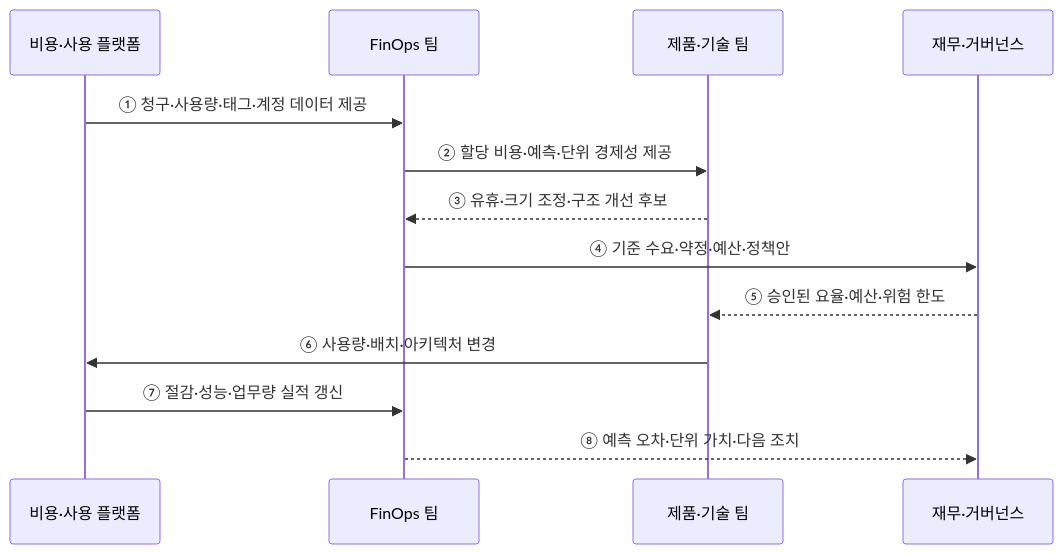
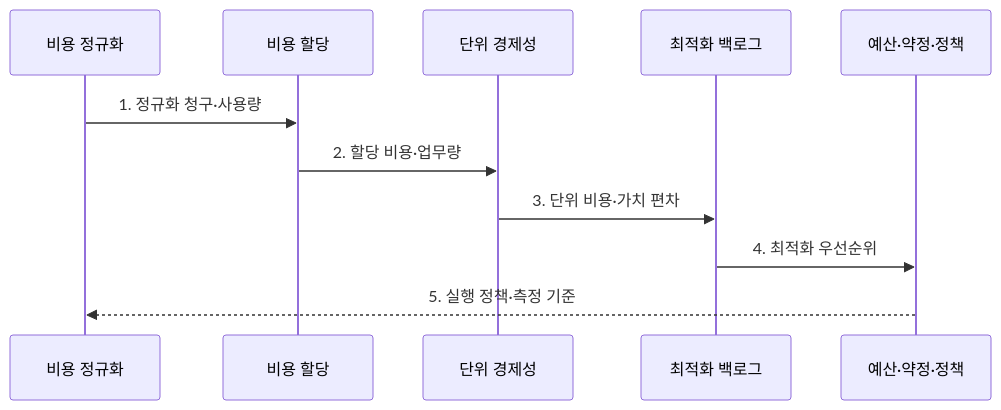
Before and after one commit to agnusdei1207/knowledge-base: the second of 2 diagrams in src/content/docs/notes/03-software/147_finops.md, drawn with Mermaid. The commit also changed other lines of this file and 20 other files, not shown here.

````diff
--- a/src/content/docs/notes/03-software/147_finops.md
+++ b/src/content/docs/notes/03-software/147_finops.md
@@ -70,15 +81,13 @@
 ```mermaid
 sequenceDiagram
-    participant C as 비용·사용 플랫폼
-    participant F as FinOps 팀
-    participant E as 제품·기술 팀
-    participant G as 재무·거버넌스
-    C->>F: ① 청구·사용량·태그·계정 데이터 제공
-    F->>E: ② 할당 비용·예측·단위 경제성 제공
-    E-->>F: ③ 유휴·크기 조정·구조 개선 후보
-    F->>G: ④ 기준 수요·약정·예산·정책안
-    G-->>E: ⑤ 승인된 요율·예산·위험 한도
-    E->>C: ⑥ 사용량·배치·아키텍처 변경
-    C->>F: ⑦ 절감·성능·업무량 실적 갱신
-    F-->>G: ⑧ 예측 오차·단위 가치·다음 조치
+    participant N as 비용 정규화
+    participant A as 비용 할당
+    participant U as 단위 경제성
+    participant B as 최적화 백로그
+    participant P as 예산·약정·정책
+    N->>A: 1. 정규화 청구·사용량
+    A->>U: 2. 할당 비용·업무량
+    U->>B: 3. 단위 비용·가치 편차
+    B->>P: 4. 최적화 우선순위
+    P-->>N: 5. 실행 정책·측정 기준
 ```
````
